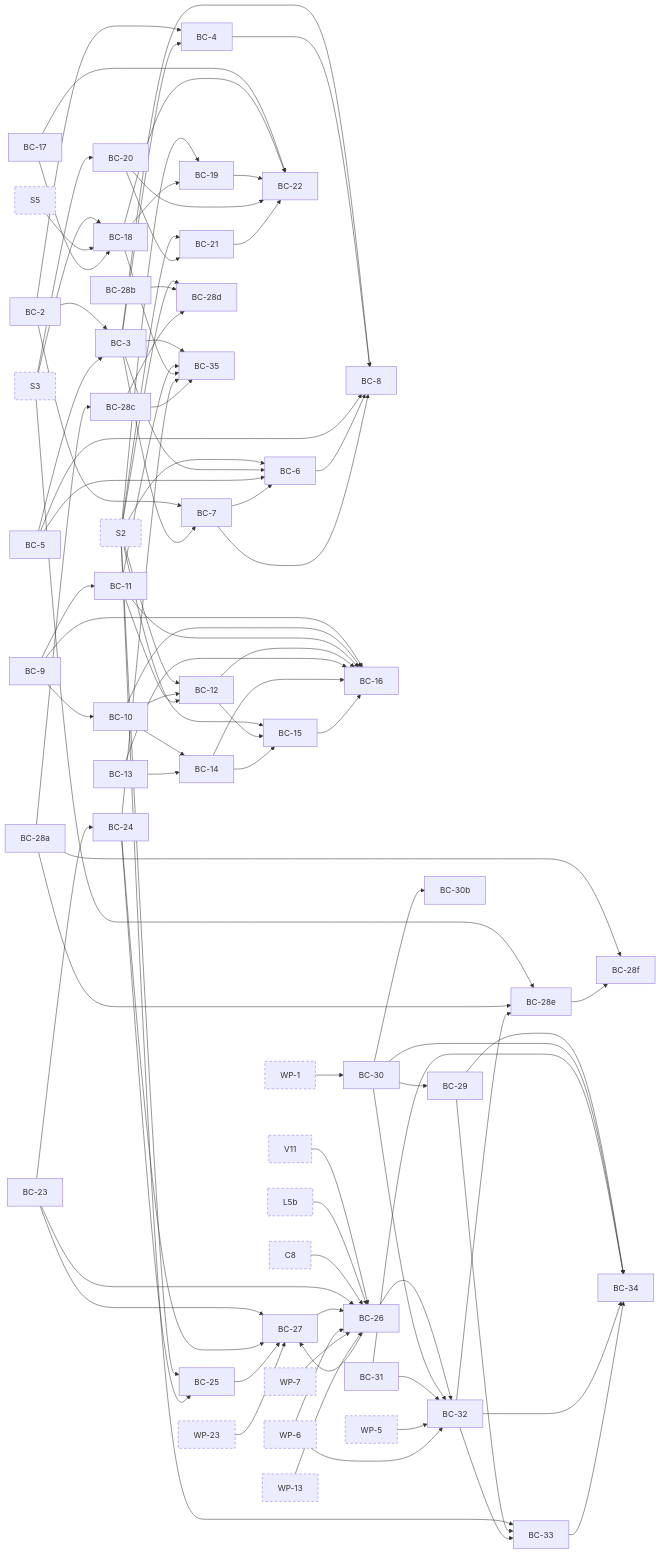
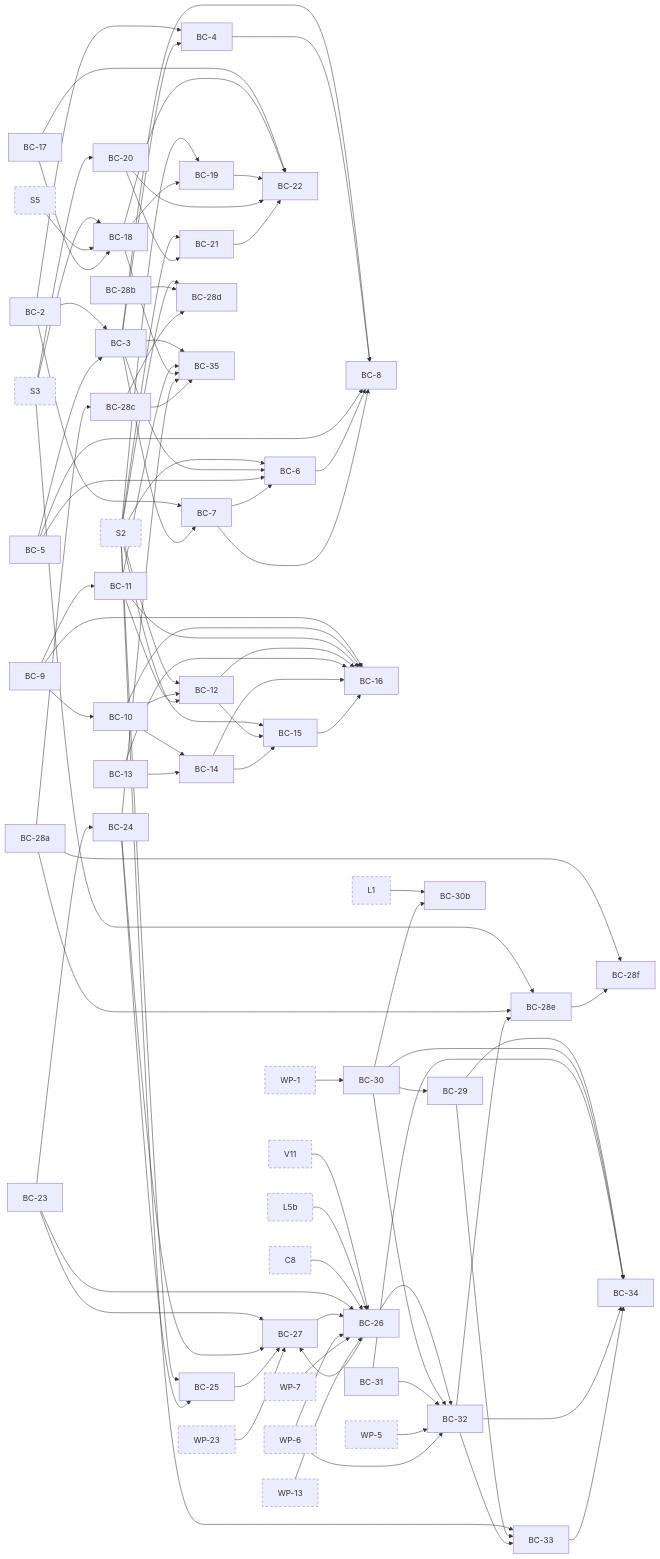
Before and after one commit to jhoblitt/rgw-go: the seventh of 10 diagrams in docs/superpowers/plans/2026-10-13-phase-2/dependencies.md, drawn with Mermaid. The commit also changed other lines of this file and 1 other file, not shown here.

Commit message:
docs(plan): switch BC-30b's date readers to internal/iso8601
L1 (a) adds internal/iso8601 as the shared reader of radosgw's ISO 8601
dates: ParseExtended and ParseBasic are parse_iso8601, and Parse is
from_iso_8601. BC-30b now moves the copies to it and deletes them:

- op's and postpolicy's extended-format readers go to ParseExtended.
- auth's basic-format reader goes to ParseBasic, where it was to stay.
- policy's from_iso_8601 goes to a new iso8601.ParseWrapped. Policy's
  copy has ws_terminates false and wraps where Parse refuses, so
  ParseWrapped keeps policy's answers, and a spec pins it to the copy.

BC-30b now depends on L1, and the dependency graph shows the edge.

```diff
--- a/docs/superpowers/plans/2026-10-13-phase-2/dependencies.md
+++ b/docs/superpowers/plans/2026-10-13-phase-2/dependencies.md
@@ -588,6 +588,7 @@
   t_S3["S3"]:::ext
   t_S5["S5"]:::ext
   t_V11["V11"]:::ext
+  t_L1["L1"]:::ext
   t_L5b["L5b"]:::ext
   t_C8["C8"]:::ext
   t_WP_1["WP-1"]:::ext
@@ -668,6 +669,7 @@
   t_BC_28e --> t_BC_28f
   t_BC_30 --> t_BC_29
   t_WP_1 --> t_BC_30
+  t_L1 --> t_BC_30b
   t_BC_30 --> t_BC_30b
   t_BC_26 --> t_BC_32
   t_BC_30 --> t_BC_32
@@ -731,6 +733,7 @@
   click t_S3 href "https://github.com/jhoblitt/rgw-go/blob/main/docs/superpowers/plans/2026-10-13-phase-2/00-index.md#task-s3-one-aws-correct-ispublic" "S3: one AWS-correct IsPublic"
   click t_S5 href "https://github.com/jhoblitt/rgw-go/blob/main/docs/superpowers/plans/2026-10-13-phase-2/00-index.md#task-s5-ignorepublicacls-ignores-swifts-public-container-grants" "S5: IgnorePublicAcls ignores Swift's public container grants"
   click t_V11 href "https://github.com/jhoblitt/rgw-go/blob/main/docs/superpowers/plans/2026-10-13-phase-2/V-versioning.md#task-v11-op-and-s3-versioned-writes" "V11: op and s3, versioned writes"
+  click t_L1 href "https://github.com/jhoblitt/rgw-go/blob/main/docs/superpowers/plans/2026-10-13-phase-2/L-object-lock.md#task-l1-object-lock-types-xml-dates-and-evaluation" "L1: object-lock types, XML, dates and evaluation"
   click t_L5b href "https://github.com/jhoblitt/rgw-go/blob/main/docs/superpowers/plans/2026-10-13-phase-2/L-object-lock.md#task-l5b-the-lock-headers-op-and-s3" "L5b: the lock headers, op and S3"
   click t_C8 href "https://github.com/jhoblitt/rgw-go/blob/main/docs/superpowers/plans/2026-10-13-phase-2/C-lifecycle.md#task-c8-the-lifecycle-response-headers" "C8: the lifecycle response headers"
   click t_WP_1 href "https://github.com/jhoblitt/rgw-go/blob/main/docs/superpowers/plans/2026-10-13-phase-2/WP-write-path.md#task-wp-1-checksum-types-and-record" "WP-1: checksum types and record"
```
